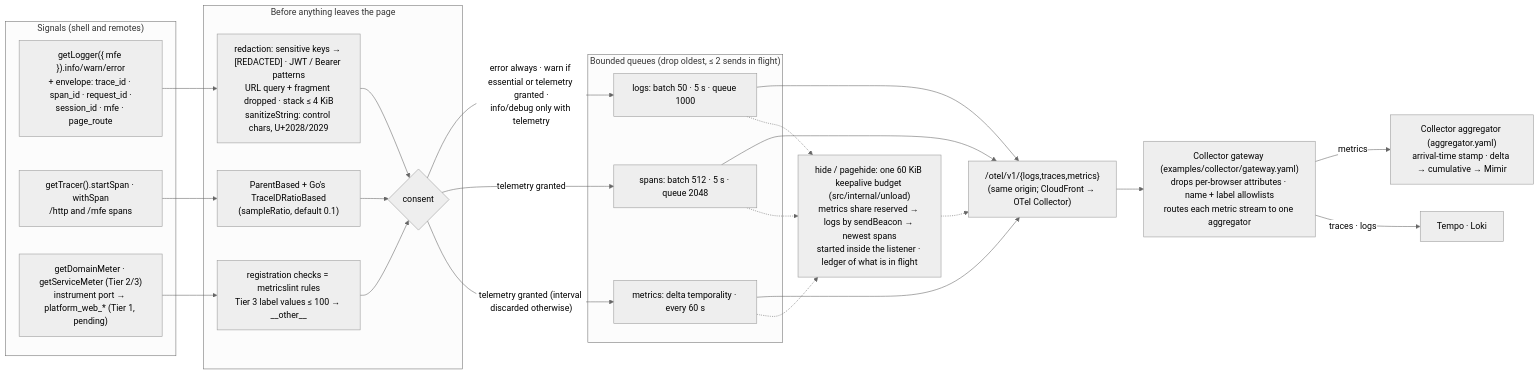
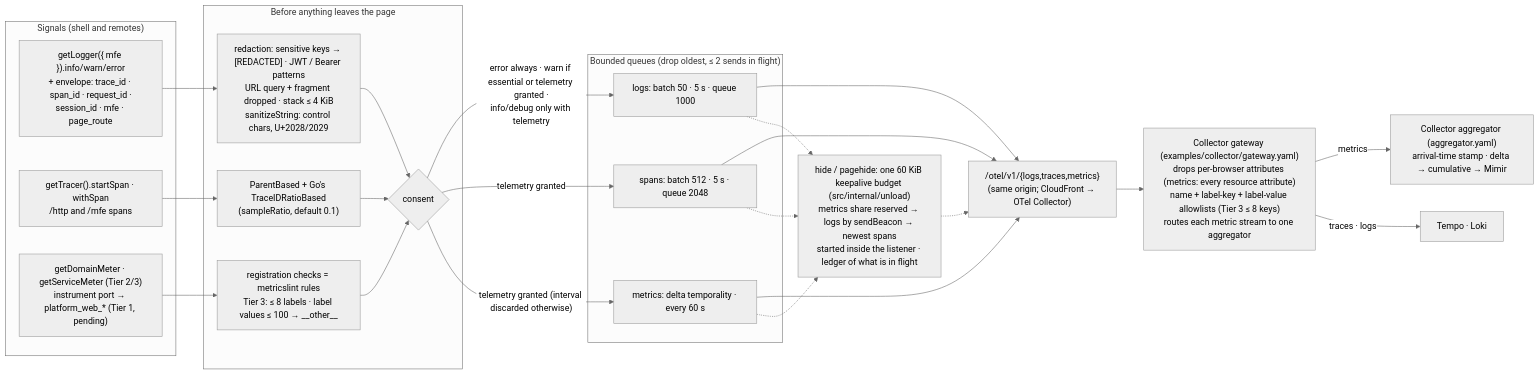
One commit to BCBP-SOLUTIONS-FZC-LLC/platform-reactcommon changed the diagram in docs/architecture/mermaid/telemetry-pipeline.mmd. Above: the diagram before and after it, drawn with Mermaid (neutral theme). The commit also changed 71 other files, not shown here.

```diff
--- a/docs/architecture/mermaid/telemetry-pipeline.mmd
+++ b/docs/architecture/mermaid/telemetry-pipeline.mmd
@@ -1,37 +1,37 @@
 graph LR
     subgraph sources["Signals (shell and remotes)"]
         logs["getLogger({ mfe }).info/warn/error<br/>+ envelope: trace_id · span_id · request_id ·<br/>session_id · mfe · page_route"]
         spans["getTracer().startSpan · withSpan<br/>/http and /mfe spans"]
         meters["getDomainMeter · getServiceMeter (Tier 2/3)<br/>instrument port → platform_web_* (Tier 1, pending)"]
     end
 
     subgraph guard["Before anything leaves the page"]
         redact["redaction: sensitive keys → [REDACTED] · JWT / Bearer patterns<br/>URL query + fragment dropped · stack ≤ 4 KiB<br/>sanitizeString: control chars, U+2028/2029"]
         consent{"consent"}
         sample["ParentBased + Go's TraceIDRatioBased<br/>(sampleRatio, default 0.1)"]
-        checks["registration checks = metricslint rules<br/>Tier 3 label values ≤ 100 → __other__"]
+        checks["registration checks = metricslint rules<br/>Tier 3: ≤ 8 labels · label values ≤ 100 → __other__"]
     end
 
     subgraph queues["Bounded queues (drop oldest, ≤ 2 sends in flight)"]
         lq["logs: batch 50 · 5 s · queue 1000"]
         tq["spans: batch 512 · 5 s · queue 2048"]
         mq["metrics: delta temporality · every 60 s"]
     end
 
     unload["hide / pagehide: one 60 KiB keepalive budget (src/internal/unload)<br/>metrics share reserved → logs by sendBeacon → newest spans<br/>started inside the listener · ledger of what is in flight"]
 
     otel["/otel/v1/{logs,traces,metrics}<br/>(same origin; CloudFront → OTel Collector)"]
 
     logs --> redact --> consent
     spans --> sample --> consent
     meters --> checks --> consent
     consent -->|"error always · warn if essential or telemetry granted ·<br/>info/debug only with telemetry"| lq
     consent -->|"telemetry granted"| tq
     consent -->|"telemetry granted (interval discarded otherwise)"| mq
     lq --> otel
     tq --> otel
     mq --> otel
     lq & tq & mq -.-> unload -.-> otel
-    otel --> gw["Collector gateway (examples/collector/gateway.yaml)<br/>drops per-browser attributes · name + label allowlists<br/>routes each metric stream to one aggregator"]
+    otel --> gw["Collector gateway (examples/collector/gateway.yaml)<br/>drops per-browser attributes (metrics: every resource attribute)<br/>name + label-key + label-value allowlists (Tier 3 ≤ 8 keys)<br/>routes each metric stream to one aggregator"]
     gw -->|"metrics"| agg["Collector aggregator (aggregator.yaml)<br/>arrival-time stamp · delta → cumulative → Mimir"]
     gw -->|"traces · logs"| backends["Tempo · Loki"]
```
